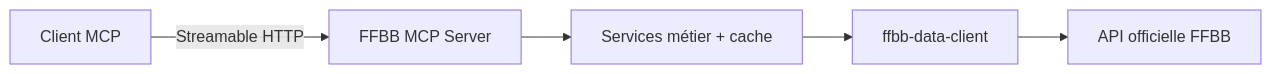
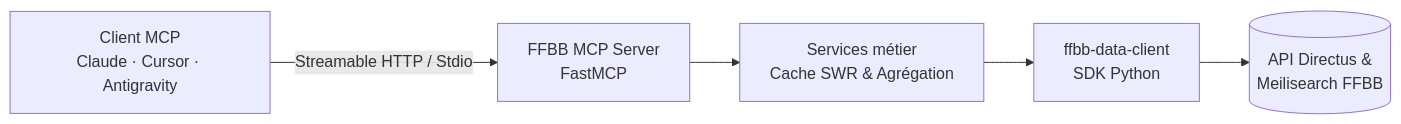
Before and after one commit to nickdesi/FFBB-MCP-Server: the diagram in README.md, drawn with Mermaid. The commit also changed other lines of this file, not shown here.

Commit message:
docs(architecture): enrich Mermaid architecture diagram and key architectural pillars in README

````diff
--- a/README.md
+++ b/README.md
@@ -166,7 +166,7 @@
 ```mermaid
 flowchart LR
-    A[Client MCP] -->|Streamable HTTP| B[FFBB MCP Server]
-    B --> C[Services métier + cache]
-    C --> D[ffbb-data-client]
-    D --> E[API officielle FFBB]
+    A[Client MCP<br/>Claude · Cursor · Antigravity] -->|Streamable HTTP / Stdio| B[FFBB MCP Server<br/>FastMCP]
+    B --> C[Services métier<br/>Cache SWR & Agrégation]
+    C --> D[ffbb-data-client<br/>SDK Python]
+    D --> E[(API Directus &<br/>Meilisearch FFBB)]
 ```
````
